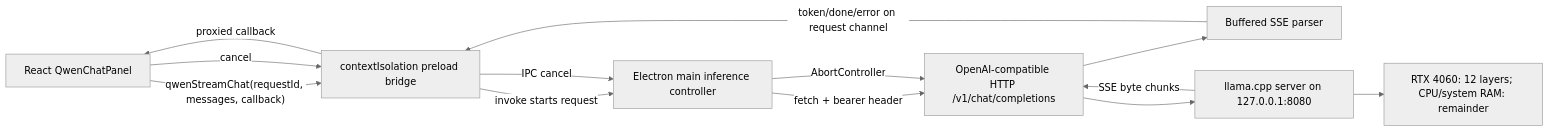
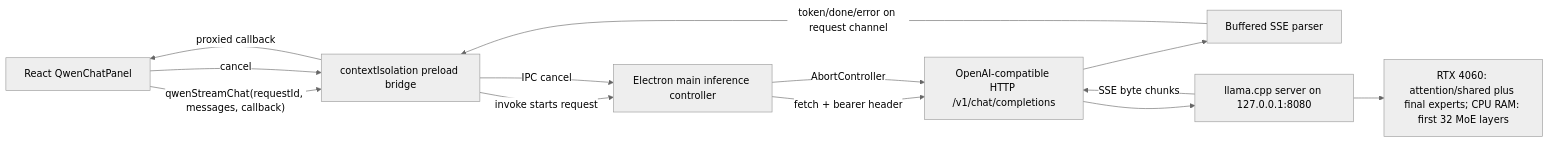
The diagram in STREAM_DIAGNOSIS.md (recaliendo/Agent.FORCE.Dashboard), drawn with Mermaid (neutral theme) before and after one commit. The commit also changed other lines of this file and 2 other files, not shown here.

````diff
--- a/STREAM_DIAGNOSIS.md
+++ b/STREAM_DIAGNOSIS.md
@@ -241,23 +244,23 @@
 ```mermaid
 flowchart LR
   UI["React QwenChatPanel"]
   BR["contextIsolation preload bridge"]
   MAIN["Electron main inference controller"]
   PARSER["Buffered SSE parser"]
   HTTP["OpenAI-compatible HTTP /v1/chat/completions"]
   SERVER["llama.cpp server on 127.0.0.1:8080"]
-  HW["RTX 4060: 12 layers; CPU/system RAM: remainder"]
+  HW["RTX 4060: attention/shared plus final experts; CPU RAM: first 32 MoE layers"]
 
   UI -->|"qwenStreamChat(requestId, messages, callback)"| BR
   BR -->|"invoke starts request"| MAIN
   MAIN -->|"fetch + bearer header"| HTTP
   HTTP --> SERVER
   SERVER --> HW
   SERVER -->|"SSE byte chunks"| HTTP
   HTTP --> PARSER
   PARSER -->|"token/done/error on request channel"| BR
   BR -->|"proxied callback"| UI
   UI -->|"cancel"| BR
   BR -->|"IPC cancel"| MAIN
   MAIN -->|"AbortController"| HTTP
 ```
````
